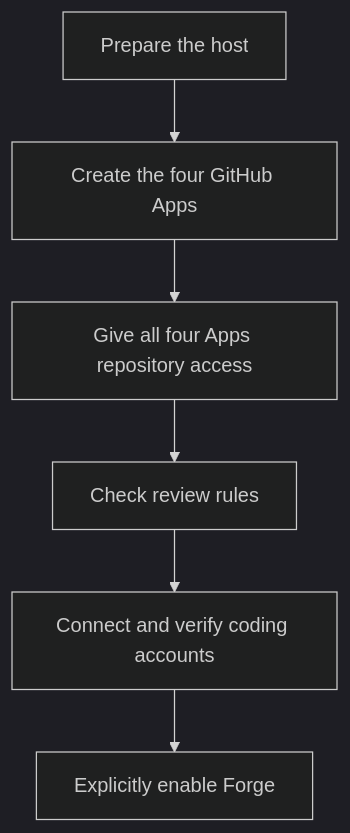
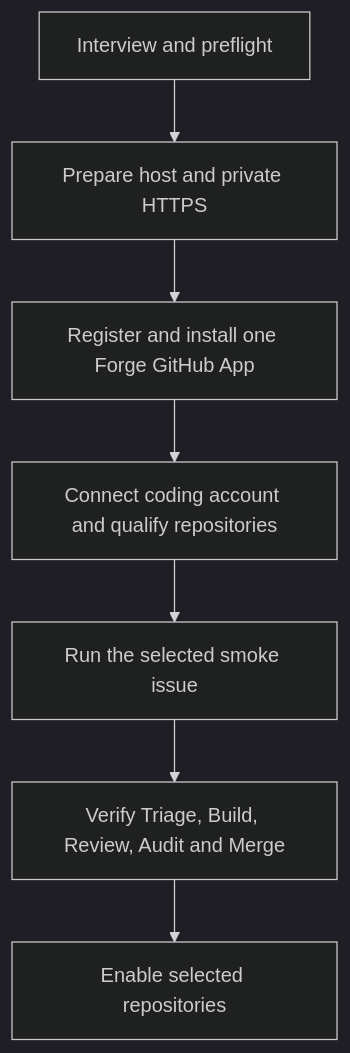
The diagram in docs/onboarding.md (XRPL-Commons/forge), drawn with Mermaid (dark theme) before and after one commit. The commit also changed other lines of this file and 49 other files, not shown here.

````diff
--- a/docs/onboarding.md
+++ b/docs/onboarding.md
@@ -5,8 +15,9 @@
 ```mermaid
 flowchart TD
-  H[Prepare the host] --> A[Create the four GitHub Apps]
-  A --> R[Give all four Apps repository access]
-  R --> P[Check review rules]
-  P --> C[Connect and verify coding accounts]
-  C --> E[Explicitly enable Forge]
+  I[Interview and preflight] --> H[Prepare host and private HTTPS]
+  H --> A[Register and install one Forge GitHub App]
+  A --> C[Connect coding account and qualify repositories]
+  C --> S[Run the selected smoke issue]
+  S --> M[Verify Triage, Build, Review, Audit and Merge]
+  M --> E[Enable selected repositories]
 ```
````
